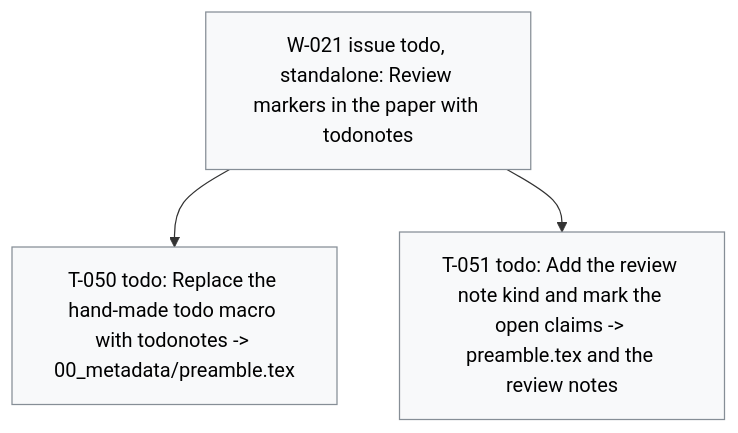
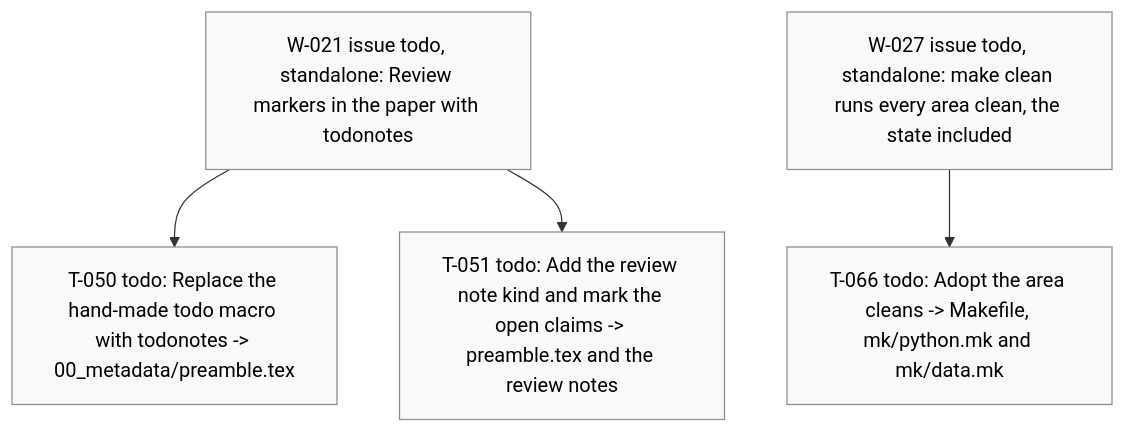
The diagram in .board/BOARD.md (dpopchev/surrogate-models), drawn with Mermaid before and after one commit. The commit also changed other lines of this file and 3 other files, not shown here.

First line of the commit message:
chore: file W-027, make clean as the union of the area cleans

````diff
--- a/.board/BOARD.md
+++ b/.board/BOARD.md
@@ -173,12 +177,14 @@
 ```mermaid
 flowchart TD
   W021["W-021 issue todo, standalone: Review markers in the paper with todonotes"]
   W021 --> T050["T-050 todo: Replace the hand-made todo macro with todonotes -> 00_metadata/preamble.tex"]
   W021 --> T051["T-051 todo: Add the review note kind and mark the open claims -> preamble.tex and the review notes"]
+  W027["W-027 issue todo, standalone: make clean runs every area clean, the state included"]
+  W027 --> T066["T-066 todo: Adopt the area cleans -> Makefile, mk/python.mk and mk/data.mk"]
   classDef doing fill:#fff3bf,stroke:#b58900,color:#000;
   classDef blocked fill:#ffe3e3,stroke:#c92a2a,color:#000;
   classDef done fill:#e6ffed,stroke:#2b8a3e,color:#000;
   classDef todo fill:#f8f9fa,stroke:#868e96,color:#000;
   classDef pruned fill:#f1f3f5,stroke:#adb5bd,color:#000;
-  class W021,T050,T051 todo
+  class W021,T050,T051,W027,T066 todo
 ```
````
